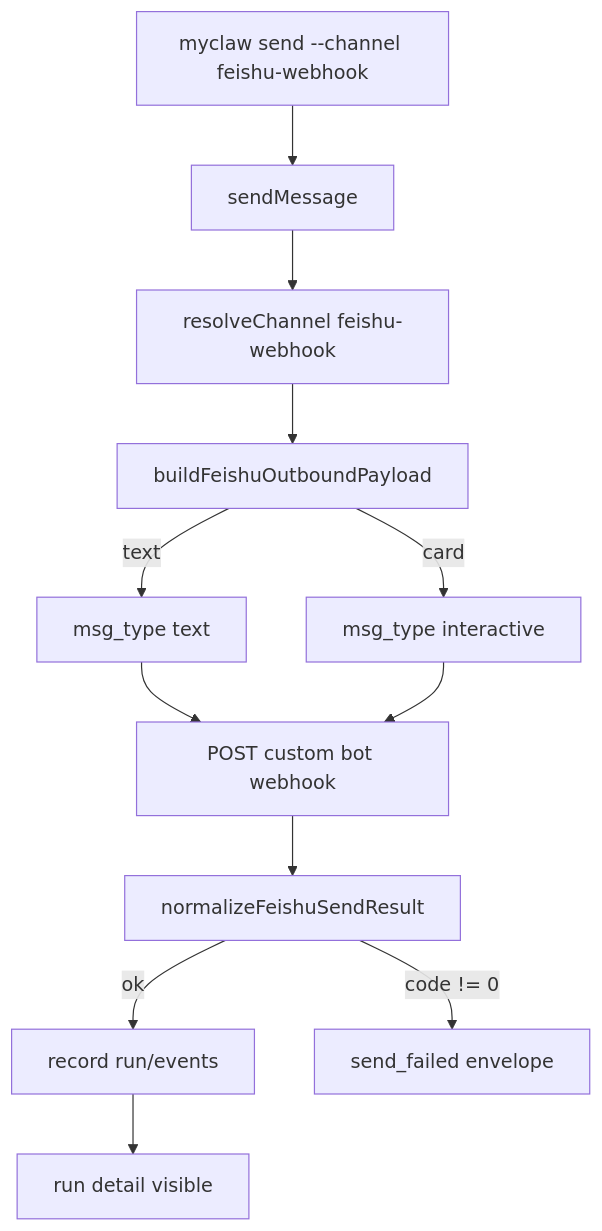
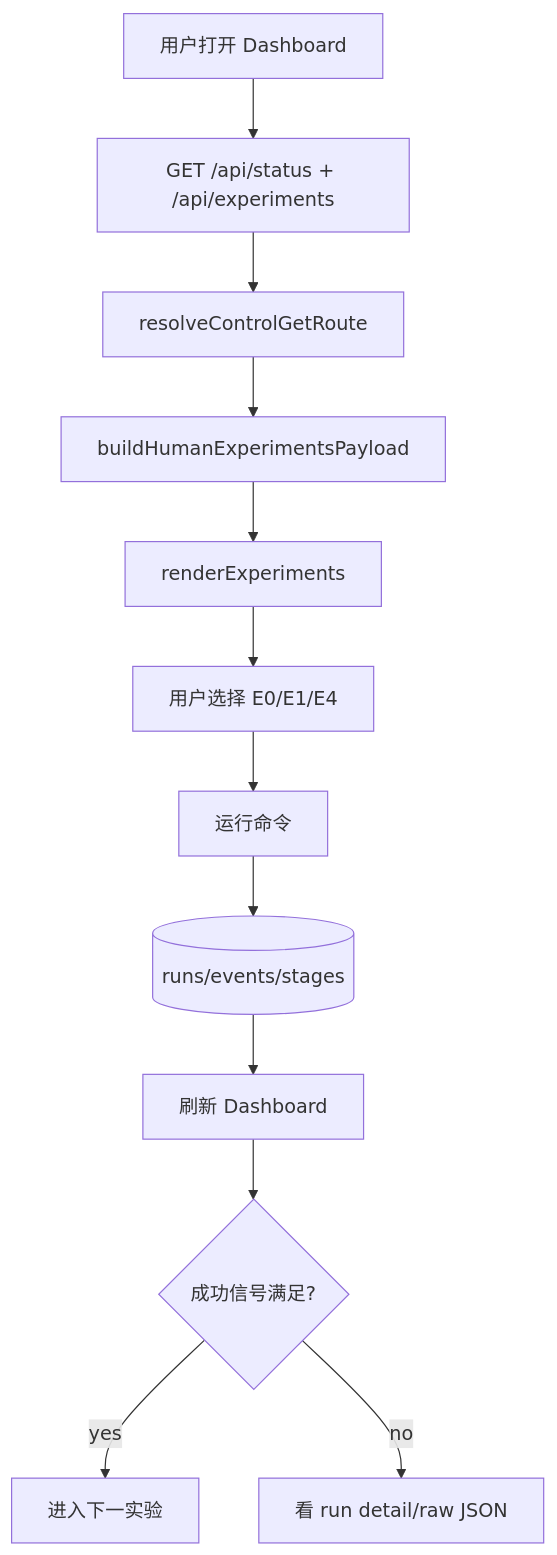
One commit to mayf3/myclaw changed the fourth of 9 diagrams in docs/implementation-architecture.md. Above: the diagram before and after it, drawn with Mermaid. The commit also changed other lines of this file and 27 other files, not shown here.

Commit message:
feat: add human experiment roadmap

````diff
--- a/docs/implementation-architecture.md
+++ b/docs/implementation-architecture.md
@@ -110,14 +122,14 @@
 ```mermaid
 flowchart TD
-  Start[myclaw send --channel feishu-webhook] --> Runtime[sendMessage]
-  Runtime --> Resolve[resolveChannel feishu-webhook]
-  Resolve --> Payload[buildFeishuOutboundPayload]
-  Payload -->|text| Text[msg_type text]
-  Payload -->|card| Card[msg_type interactive]
-  Text --> Fetch[POST custom bot webhook]
-  Card --> Fetch
-  Fetch --> Result[normalizeFeishuSendResult]
-  Result -->|ok| Persist[record run/events]
-  Result -->|code != 0| Failed[send_failed envelope]
-  Persist --> Dashboard[run detail visible]
+  Start[用户打开 Dashboard] --> Fetch[GET /api/status + /api/experiments]
+  Fetch --> RouteAdapter[resolveControlGetRoute]
+  RouteAdapter --> Payload[buildHumanExperimentsPayload]
+  Payload --> Render[renderExperiments]
+  Render --> Pick[用户选择 E0/E1/E4]
+  Pick --> Run[运行命令]
+  Run --> State[(runs/events/stages)]
+  State --> Refresh[刷新 Dashboard]
+  Refresh --> Pass{成功信号满足?}
+  Pass -->|yes| Next[进入下一实验]
+  Pass -->|no| Diagnose[看 run detail/raw JSON]
 ```
````
